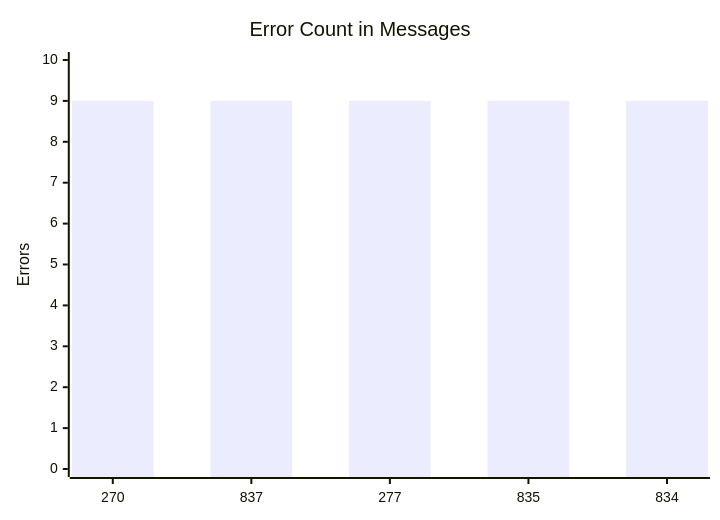
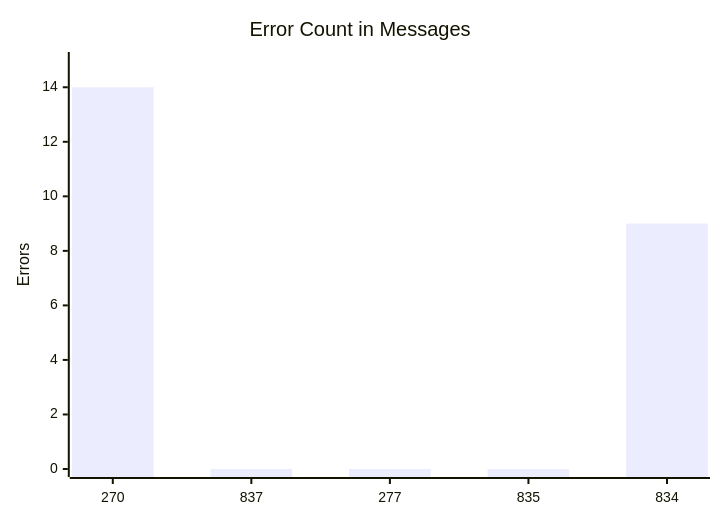
The third of 10 diagrams in test-tools/DataGen/src/Statistics_Visualizer.md (dhagan-va/intern-2025), drawn with Mermaid before and after one commit. The commit also changed other lines of this file and 8 other files, not shown here.

````diff
--- a/test-tools/DataGen/src/Statistics_Visualizer.md
+++ b/test-tools/DataGen/src/Statistics_Visualizer.md
@@ -40,7 +40,7 @@
 ```mermaid
 xychart-beta
     title "Error Count in Messages"
     x-axis ["270", "837", "277", "835", "834"]
-    y-axis "Errors" 0 --> 10
-    bar [9, 9, 9, 9, 9]
+    y-axis "Errors" 0 --> 15
+    bar [14, 0, 0, 0, 9]
 ```
````
